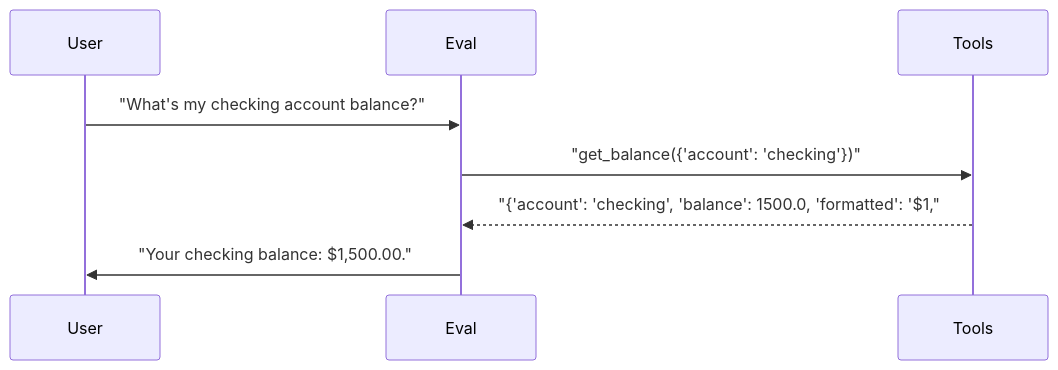
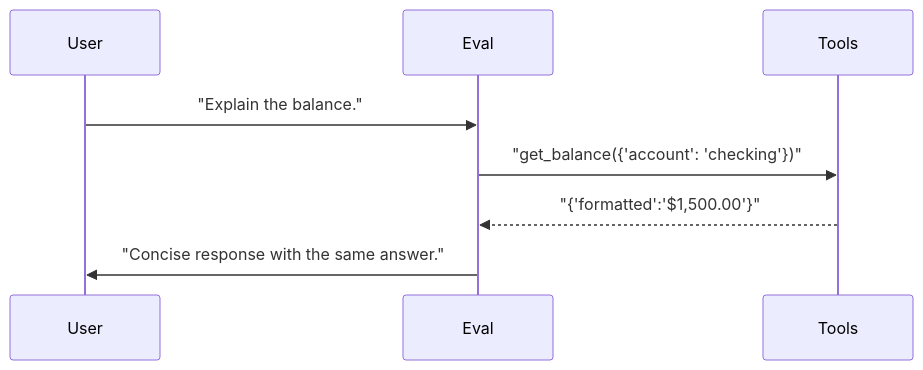
Before and after one commit to sbroenne/pytest-skill-engineering: the first of 3 diagrams in docs/reports/05_prompt_comparison.md, drawn with Mermaid. The commit also changed other lines of this file and 137 other files, not shown here.

````diff
--- a/docs/reports/05_prompt_comparison.md
+++ b/docs/reports/05_prompt_comparison.md
@@ -172,11 +61,11 @@
 ```mermaid
 sequenceDiagram
     participant User
     participant Eval
     participant Tools
 
-    User->>Eval: "What's my checking account balance?"
+    User->>Eval: "Explain the balance."
     Eval->>Tools: "get_balance({'account': 'checking'})"
-    Tools-->>Eval: "{'account': 'checking', 'balance': 1500.0, 'formatted': '$1,"
-    Eval->>User: "Your checking balance: $1,500.00."
+    Tools-->>Eval: "{'formatted':'$1,500.00'}"
+    Eval->>User: "Concise response with the same answer."
 ```
````
